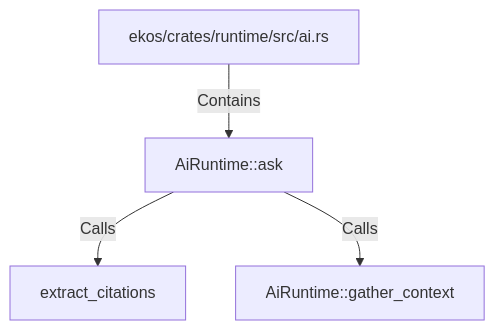
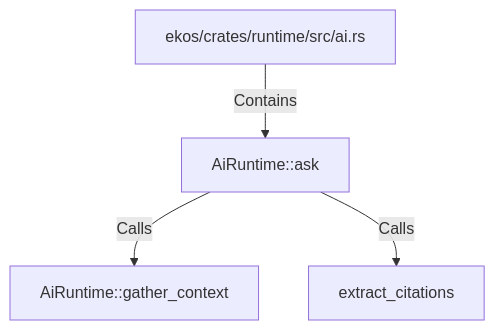
The diagram in doc/entities/rustsymbol/ai/airuntime-ask.md (alexeyban/EKOS), drawn with Mermaid before and after one commit. The commit also changed other lines of this file and 552 other files, not shown here.

````diff
--- a/doc/entities/rustsymbol/ai/airuntime-ask.md
+++ b/doc/entities/rustsymbol/ai/airuntime-ask.md
@@ -22,10 +22,10 @@
 ```mermaid
 graph TD
     nd454db52b9775cf88af96f5559a47666["AiRuntime::ask"]
     ne85e734def585185835a34896d2da3f1["ekos/crates/runtime/src/ai.rs"]
     ne85e734def585185835a34896d2da3f1 -->|Contains| nd454db52b9775cf88af96f5559a47666
+    ne0e5f206042c5a818e861b9fbc4ab976["AiRuntime::gather_context"]
+    nd454db52b9775cf88af96f5559a47666 -->|Calls| ne0e5f206042c5a818e861b9fbc4ab976
     n8512d06f0c175396a99fc7ab9a8705d4["extract_citations"]
     nd454db52b9775cf88af96f5559a47666 -->|Calls| n8512d06f0c175396a99fc7ab9a8705d4
-    ne0e5f206042c5a818e861b9fbc4ab976["AiRuntime::gather_context"]
-    nd454db52b9775cf88af96f5559a47666 -->|Calls| ne0e5f206042c5a818e861b9fbc4ab976
 ```
````
